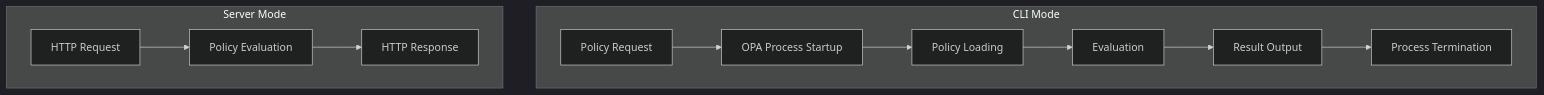
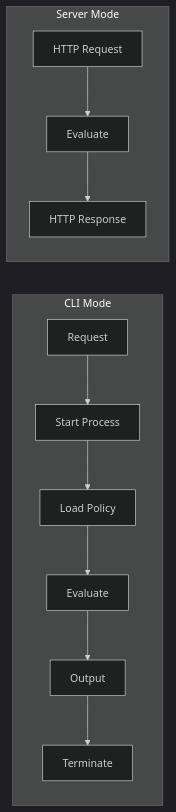
One commit to emsilva/mannustack-blog changed the third of 3 diagrams in content/posts/opa-performance-investigation.md. Above: the diagram before and after it, drawn with Mermaid (dark theme). The commit also changed other lines of this file and 2 other files, not shown here.

First line of the commit message:
🎨 improve: fix chart alignment and standardize diagram consistency

````diff
--- a/content/posts/opa-performance-investigation.md
+++ b/content/posts/opa-performance-investigation.md
@@ -132,14 +132,14 @@
 ```mermaid
-graph TB
-    subgraph "CLI Mode"
-        A[Policy Request] --> B[OPA Process Startup]
-        B --> C[Policy Loading]
-        C --> D[Evaluation]
-        D --> E[Result Output]
-        E --> F[Process Termination]
+graph LR
+    subgraph CLI["CLI Mode"]
+        A[Request] --> B[Start Process]
+        B --> C[Load Policy]
+        C --> D[Evaluate]
+        D --> E[Output]
+        E --> F[Terminate]
     end
-    subgraph "Server Mode"
-        G[HTTP Request] --> H[Policy Evaluation]
+    subgraph SRV["Server Mode"]
+        G[HTTP Request] --> H[Evaluate]
         H --> I[HTTP Response]
     end
 ```
````
